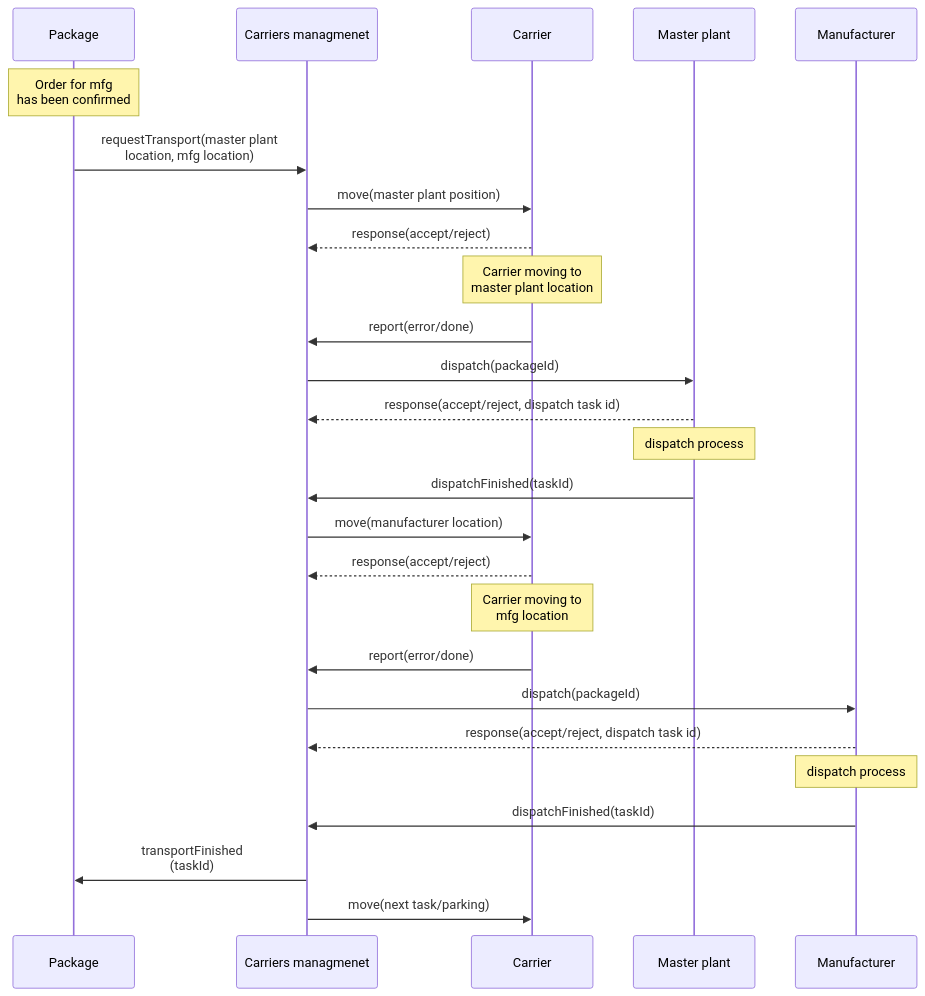
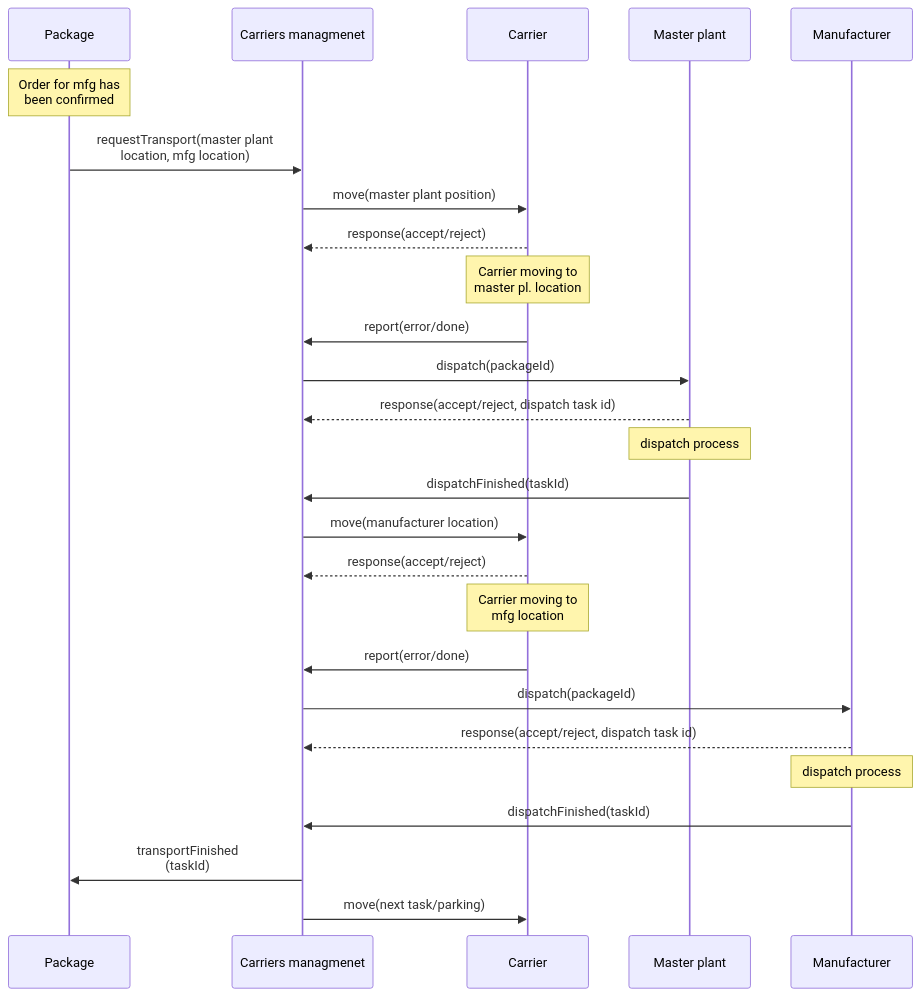
Before and after one commit to fsprojekti/shr-mfg-platform: the second of 2 diagrams in README.md, drawn with Mermaid.

````diff
--- a/README.md
+++ b/README.md
@@ -75,32 +75,32 @@
 ```mermaid
 
 sequenceDiagram
 participant P as Package
-    Note over P: Order for mfg <br>has been confirmed
+    Note over P: Order for mfg has<br> been confirmed
 participant C as Carriers managmenet
 participant A as Carrier
 participant O as Master plant 
 participant M as Manufacturer 
 
 P->>C: requestTransport(master plant <br>location, mfg location)
 C->>A: move(master plant position)
 A-->>C: response(accept/reject)
-Note over A: Carrier moving to <br>master plant location
+Note over A: Carrier moving to <br>master pl. location
 A->>C: report(error/done)
 C->>O: dispatch(packageId)
 O-->>C: response(accept/reject, dispatch task id)
 Note over O: dispatch process
 O->>C: dispatchFinished(taskId)
 C->>A: move(manufacturer location)
 
 A-->>C: response(accept/reject)
 Note over A: Carrier moving to <br>mfg location
 A->>C: report(error/done)
 C->>M: dispatch(packageId)
 M-->>C: response(accept/reject, dispatch task id)
 Note over M: dispatch process
 M->>C: dispatchFinished(taskId)
 C->>P: transportFinished <br>(taskId)
 C->>A: move(next task/parking)
 
 ```
````
